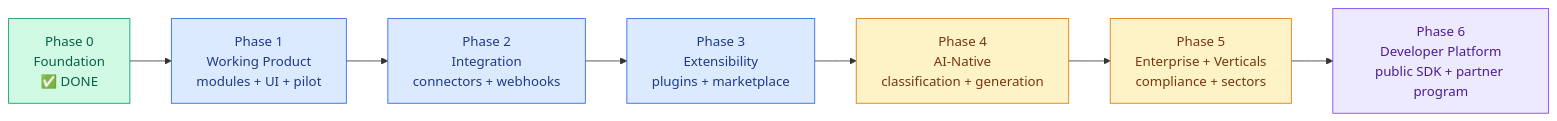
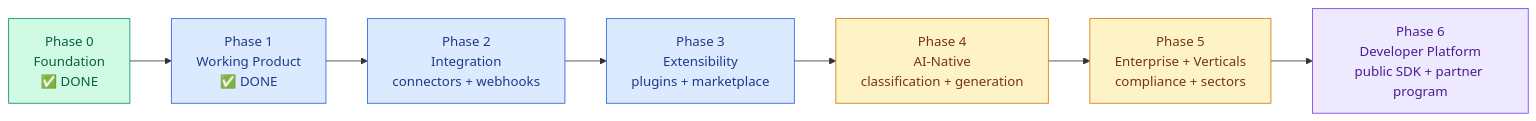
The seventh of 7 diagrams in docs/platform-vision.md (TusharSharma991/OpenWind), drawn with Mermaid before and after one commit. The commit also changed other lines of this file and 4 other files, not shown here.

````diff
--- a/docs/platform-vision.md
+++ b/docs/platform-vision.md
@@ -622,20 +624,20 @@
 ```mermaid
 graph LR
     P0["Phase 0\nFoundation\n✅ DONE"]
-    P1["Phase 1\nWorking Product\nmodules + UI + pilot"]
+    P1["Phase 1\nWorking Product\n✅ DONE"]
     P2["Phase 2\nIntegration\nconnectors + webhooks"]
     P3["Phase 3\nExtensibility\nplugins + marketplace"]
     P4["Phase 4\nAI-Native\nclassification + generation"]
     P5["Phase 5\nEnterprise + Verticals\ncompliance + sectors"]
     P6["Phase 6\nDeveloper Platform\npublic SDK + partner program"]
 
     P0 --> P1 --> P2 --> P3 --> P4 --> P5 --> P6
 
     style P0 fill:#d1fae5,stroke:#059669,color:#065f46
     style P1 fill:#dbeafe,stroke:#2563eb,color:#1e3a8a
     style P2 fill:#dbeafe,stroke:#2563eb,color:#1e3a8a
     style P3 fill:#dbeafe,stroke:#2563eb,color:#1e3a8a
     style P4 fill:#fef3c7,stroke:#d97706,color:#78350f
     style P5 fill:#fef3c7,stroke:#d97706,color:#78350f
     style P6 fill:#ede9fe,stroke:#7c3aed,color:#4c1d95
 ```
````
